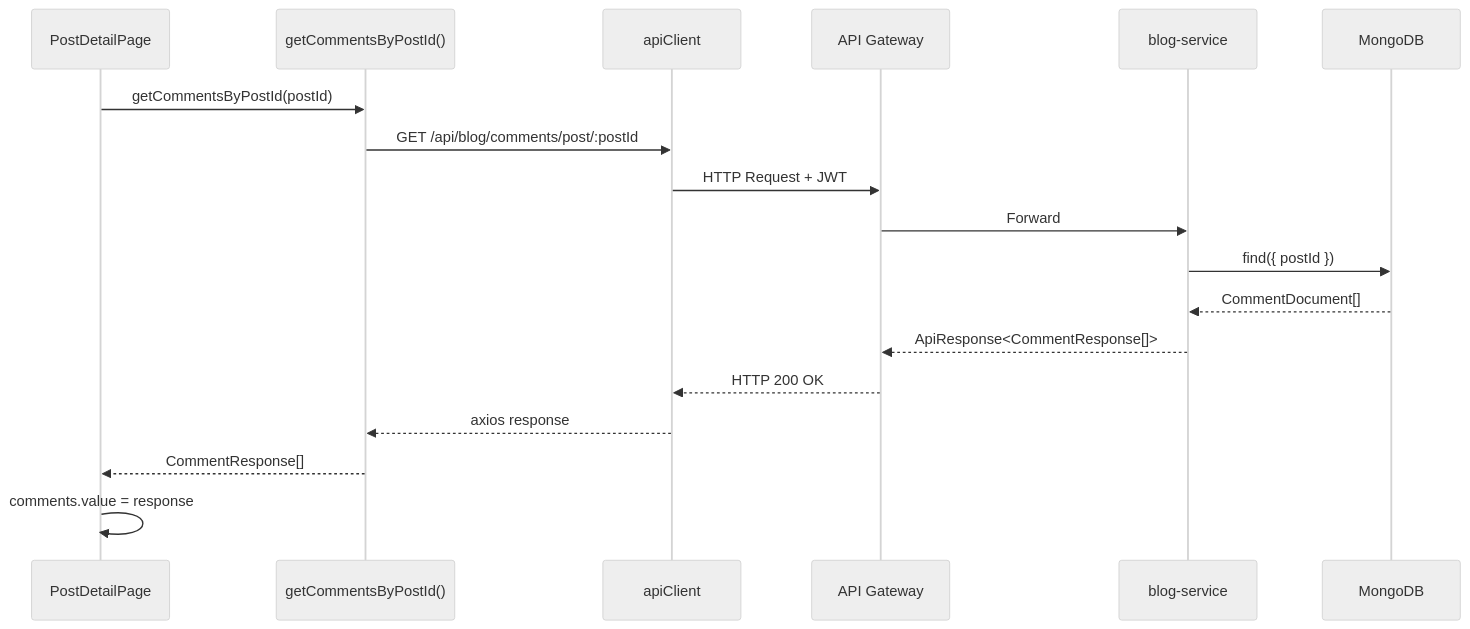
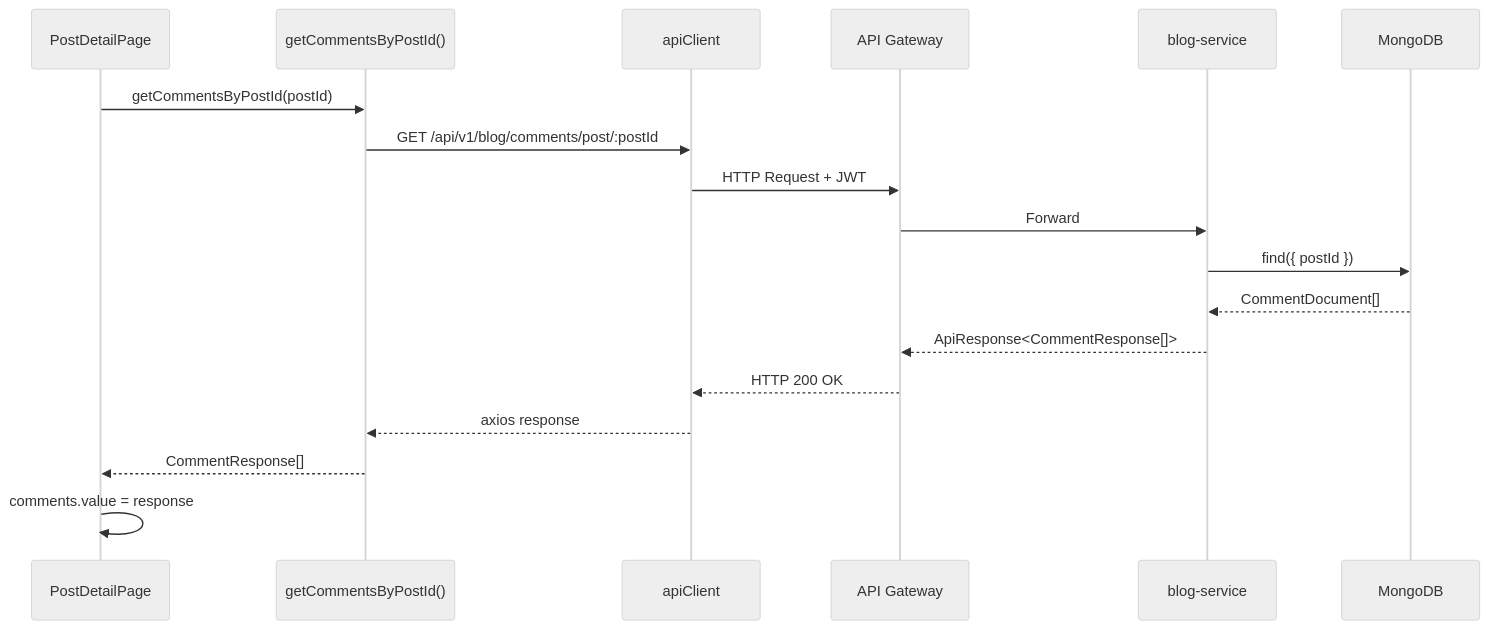
Before and after one commit to L-a-z-e/portal-universe: the fifth of 10 diagrams in frontend/blog-frontend/docs/architecture/data-flow.md, drawn with Mermaid (neutral theme). The commit also changed other lines of this file and 15 other files, not shown here.

````diff
--- a/frontend/blog-frontend/docs/architecture/data-flow.md
+++ b/frontend/blog-frontend/docs/architecture/data-flow.md
@@ -195,21 +195,21 @@
 ```mermaid
 sequenceDiagram
     participant C as PostDetailPage
     participant A as getCommentsByPostId()
     participant AC as apiClient
     participant G as API Gateway
     participant S as blog-service
     participant D as MongoDB
 
     C->>A: getCommentsByPostId(postId)
-    A->>AC: GET /api/blog/comments/post/:postId
+    A->>AC: GET /api/v1/blog/comments/post/:postId
     AC->>G: HTTP Request + JWT
     G->>S: Forward
     S->>D: find({ postId })
     D-->>S: CommentDocument[]
     S-->>G: ApiResponse<CommentResponse[]>
     G-->>AC: HTTP 200 OK
     AC-->>A: axios response
     A-->>C: CommentResponse[]
     C->>C: comments.value = response
 ```
````
